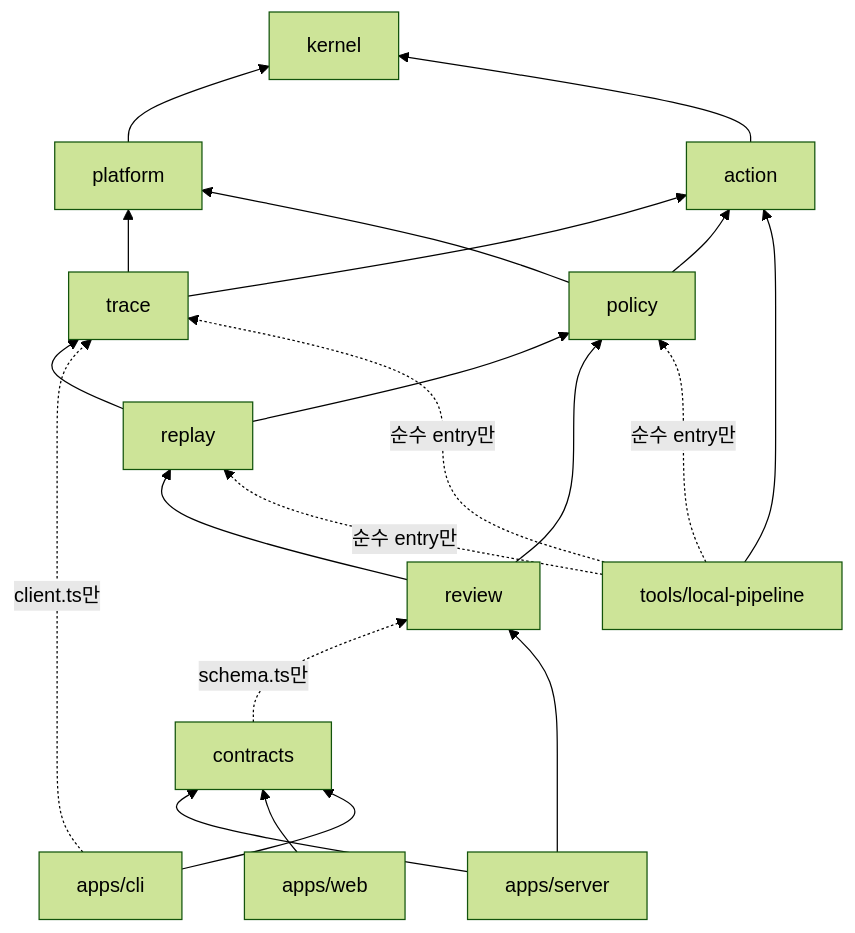
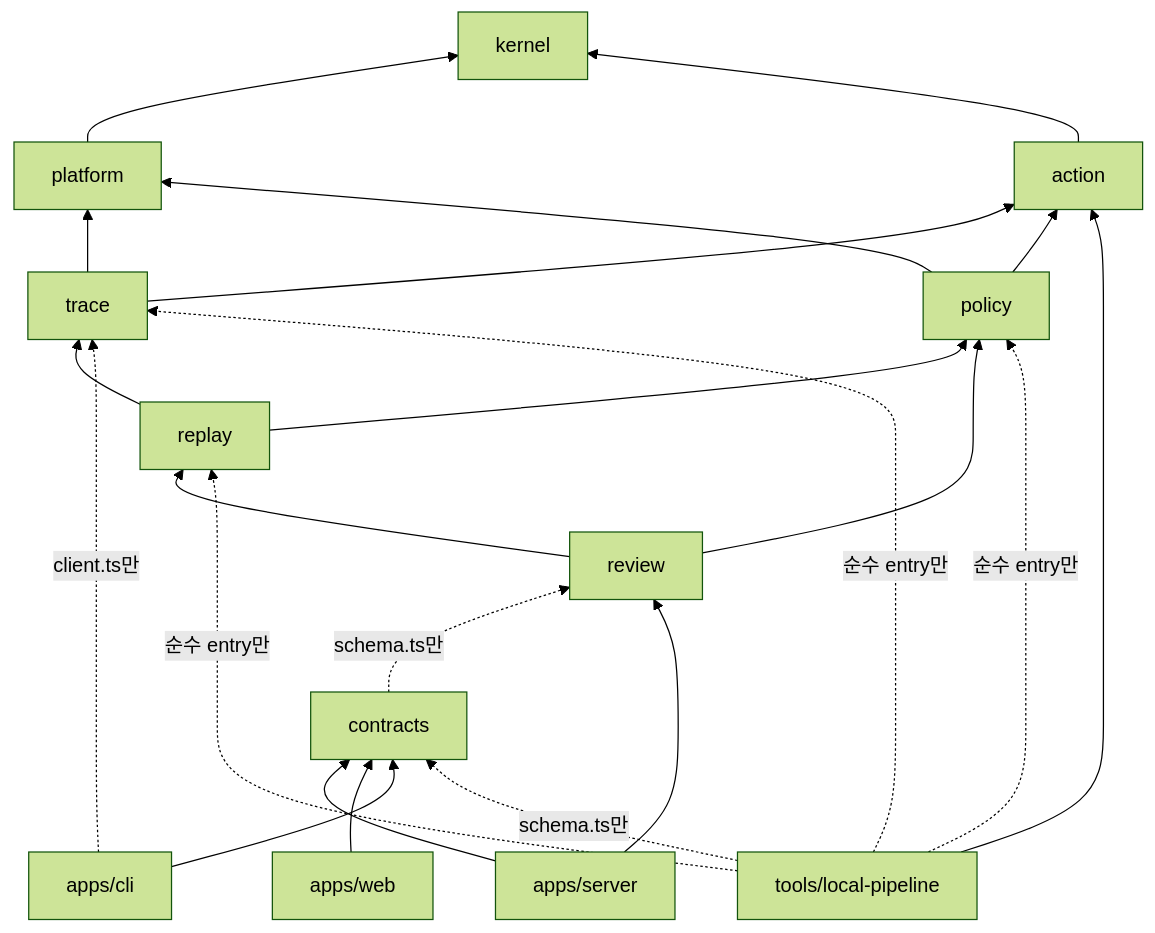
Before and after one commit to hsskey/authority-diff: the second of 3 diagrams in docs/cutline.md, drawn with Mermaid (forest theme). The commit also changed 14 other files, not shown here.

````diff
--- a/docs/cutline.md
+++ b/docs/cutline.md
@@ -170,23 +170,24 @@
 ```mermaid
 flowchart BT
     platform --> kernel
     action --> kernel
     trace --> action
     trace --> platform
     policy --> action
     policy --> platform
     replay --> policy
     replay --> trace
     review --> replay
     review --> policy
     contracts -.->|"schema.ts만"| review
     server["apps/server"] --> review
     server --> contracts
     web["apps/web"] --> contracts
     cli["apps/cli"] --> contracts
     cli -.->|"client.ts만"| trace
     lp["tools/local-pipeline"] -.->|"순수 entry만"| trace
     lp -.->|"순수 entry만"| policy
     lp -.->|"순수 entry만"| replay
+    lp -.->|"schema.ts만"| contracts
     lp --> action
 ```
````
